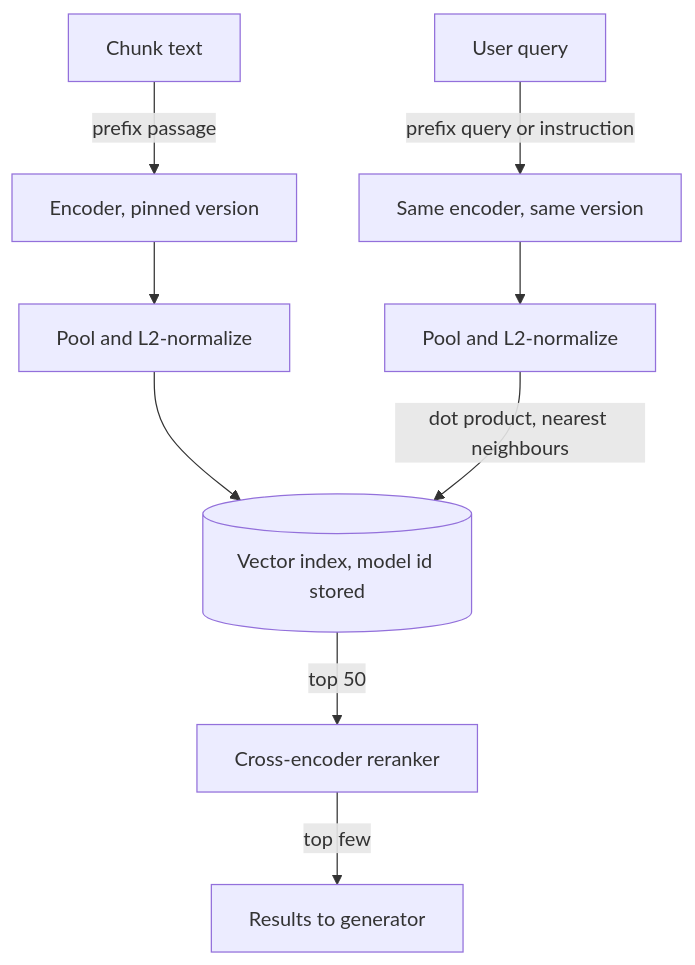
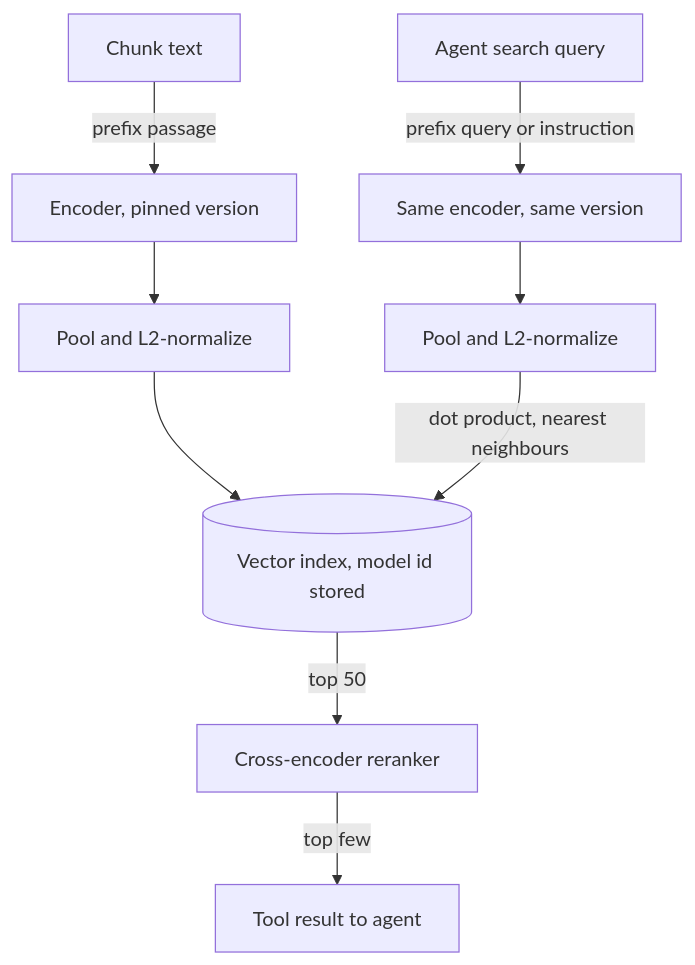
One commit to lovishmahajan97/agentic-learning changed the diagram in content/rag-retrieval/embedding-models.md. Above: the diagram before and after it, drawn with Mermaid. The commit also changed other lines of this file and 266 other files, not shown here.

````diff
--- a/content/rag-retrieval/embedding-models.md
+++ b/content/rag-retrieval/embedding-models.md
@@ -122,11 +148,11 @@
 ```mermaid
 flowchart TD
     DOC["Chunk text"] -->|"prefix passage"| ENC1["Encoder, pinned version"]
     ENC1 --> POOL1["Pool and L2-normalize"]
     POOL1 --> IDX[("Vector index, model id stored")]
-    QRY["User query"] -->|"prefix query or instruction"| ENC2["Same encoder, same version"]
+    QRY["Agent search query"] -->|"prefix query or instruction"| ENC2["Same encoder, same version"]
     ENC2 --> POOL2["Pool and L2-normalize"]
     POOL2 -->|"dot product, nearest neighbours"| IDX
     IDX -->|"top 50"| CE["Cross-encoder reranker"]
-    CE -->|"top few"| OUT["Results to generator"]
+    CE -->|"top few"| OUT["Tool result to agent"]
 ```
````
